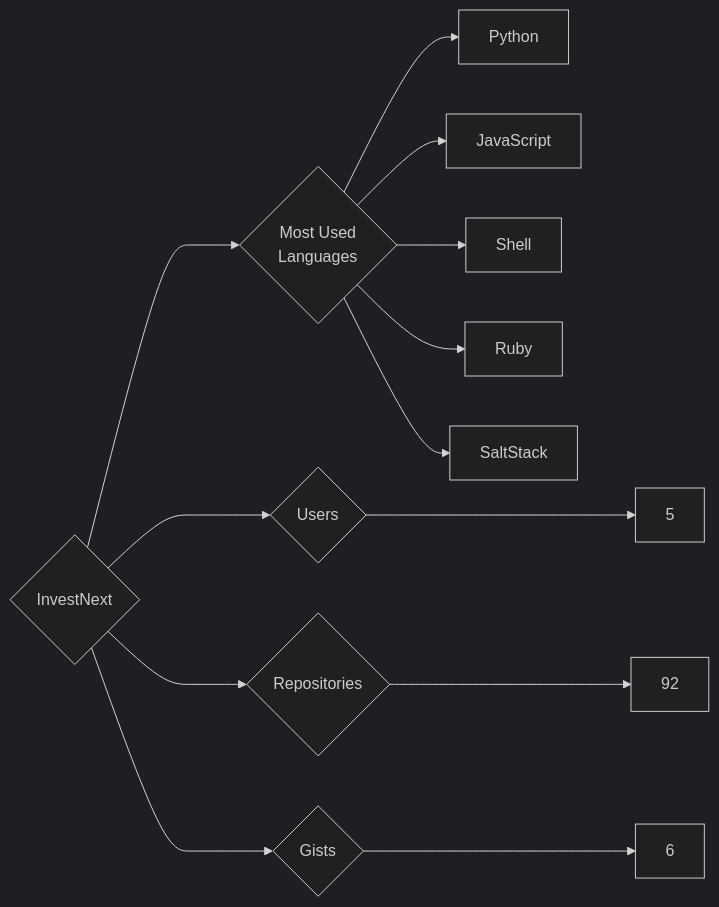
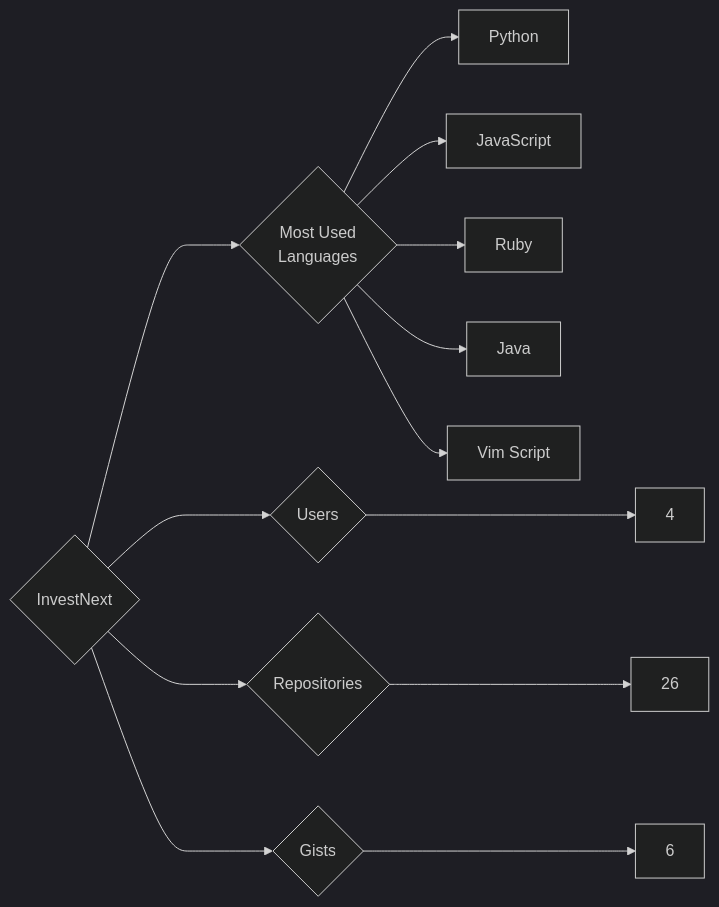
The diagram in targets/InvestNext/README.md (trickest/insiders), drawn with Mermaid (dark theme) before and after one commit. The commit also changed 1020 other files, not shown here.

````diff
--- a/targets/InvestNext/README.md
+++ b/targets/InvestNext/README.md
@@ -3,13 +3,13 @@
 ```mermaid
 graph LR
 COMPANY_NAME{InvestNext}
-COMPANY_NAME ---> U{Users} ---> UN[5]
-COMPANY_NAME ---> R{Repositories} ---> RN[92]
+COMPANY_NAME ---> U{Users} ---> UN[4]
+COMPANY_NAME ---> R{Repositories} ---> RN[26]
 COMPANY_NAME ---> G{Gists} ---> GN[6]
 COMPANY_NAME ---> ML{Most Used<br>Languages}
 ML --> Python[Python]
 ML --> JavaScript[JavaScript]
-ML --> Shell[Shell]
 ML --> Ruby[Ruby]
-ML --> SaltStack[SaltStack]
+ML --> Java[Java]
+ML --> Vim_Script[Vim Script]
 ```
````
